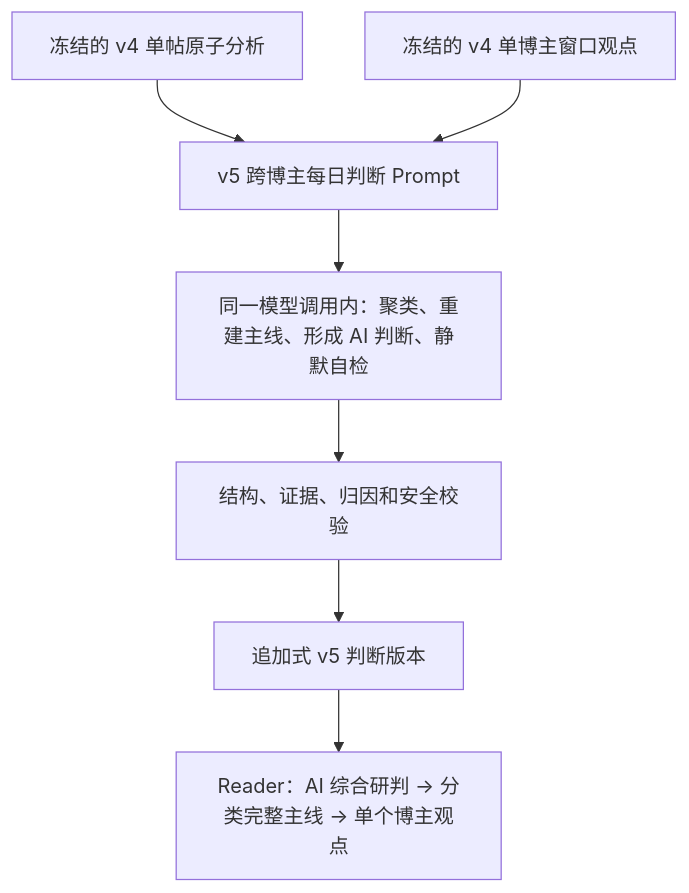
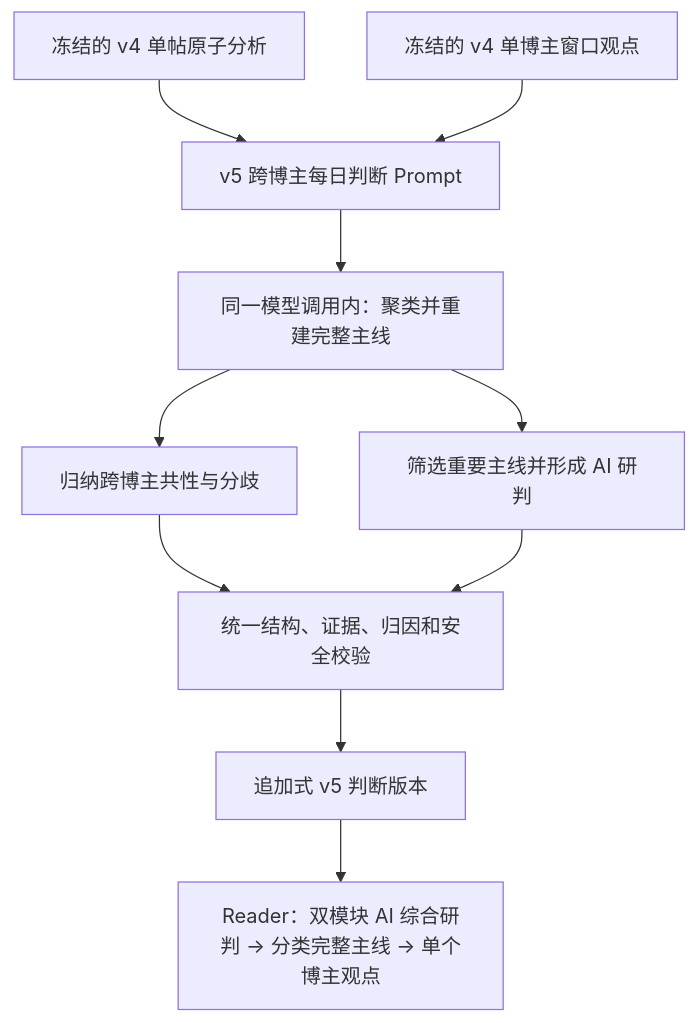
One commit to INKWWW/Invest_hub changed the diagram in docs/superpowers/specs/2026-08-08-x-daily-judgement-thesis-synthesis-v5-design.md. Above: the diagram before and after it, drawn with Mermaid. The commit also changed other lines of this file, not shown here.

````diff
--- a/docs/superpowers/specs/2026-08-08-x-daily-judgement-thesis-synthesis-v5-design.md
+++ b/docs/superpowers/specs/2026-08-08-x-daily-judgement-thesis-synthesis-v5-design.md
@@ -139,9 +179,12 @@
 ```mermaid
 flowchart TD
   A["冻结的 v4 单帖原子分析"] --> C["v5 跨博主每日判断 Prompt"]
   B["冻结的 v4 单博主窗口观点"] --> C
-  C --> D["同一模型调用内：聚类、重建主线、形成 AI 判断、静默自检"]
-  D --> E["结构、证据、归因和安全校验"]
+  C --> D["同一模型调用内：聚类并重建完整主线"]
+  D --> H["归纳跨博主共性与分歧"]
+  D --> I["筛选重要主线并形成 AI 研判"]
+  H --> E["统一结构、证据、归因和安全校验"]
+  I --> E
   E --> F["追加式 v5 判断版本"]
-  F --> G["Reader：AI 综合研判 → 分类完整主线 → 单个博主观点"]
+  F --> G["Reader：双模块 AI 综合研判 → 分类完整主线 → 单个博主观点"]
 ```
````
